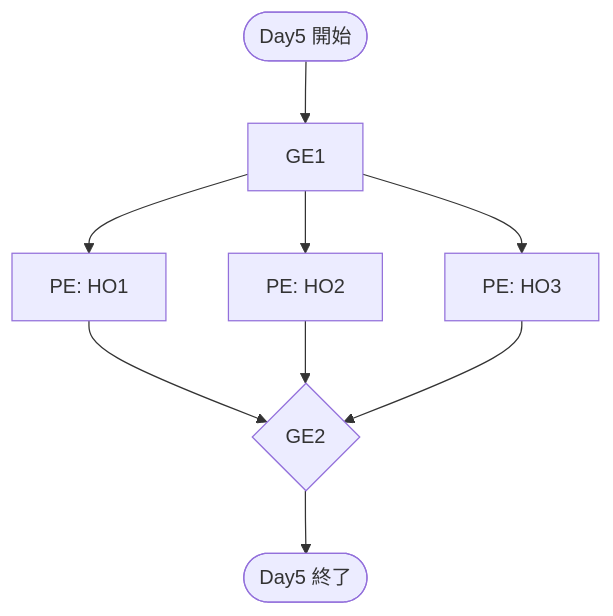
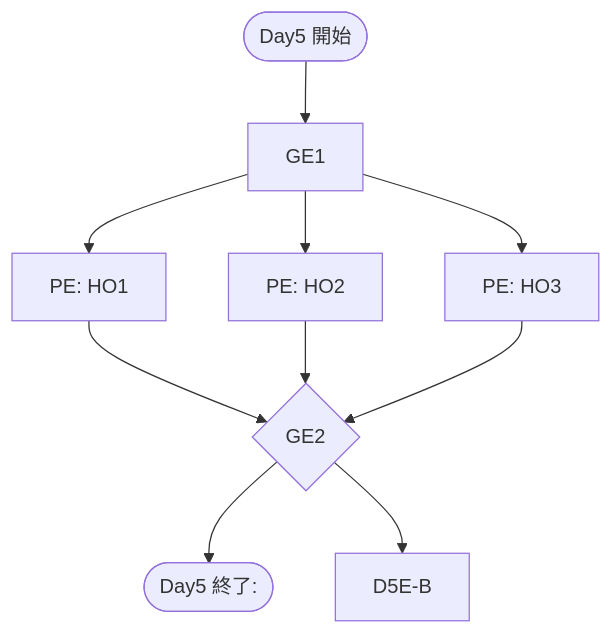
One commit to KarasuTatehi/last-resort-disturbance changed the fifth of 5 diagrams in specs/routing.md. Above: the diagram before and after it, drawn with Mermaid. The commit also changed other lines of this file, not shown here.

Commit message:
specs/routing.md updated from https://stackedit.io/

````diff
--- a/specs/routing.md
+++ b/specs/routing.md
@@ -135,17 +135,16 @@
 ```mermaid
 flowchart TD
 D5S([Day5 開始])
 D5-GE1["GE1"]
 D5-PE-HO1["PE: HO1"]
 D5-PE-HO2["PE: HO2"]
 D5-PE-HO3["PE: HO3"]
 D5-GE2{"GE2"}
-
-D5E([Day5 終了])
+D5E-A([Day5 終了: ])
 
 D5S -->
 D5-GE1 -->
 D5-PE-HO1 & D5-PE-HO2 & D5-PE-HO3 -->
 D5-GE2 -->
-D5E
+D5E-A & D5E-B
 ```
````
